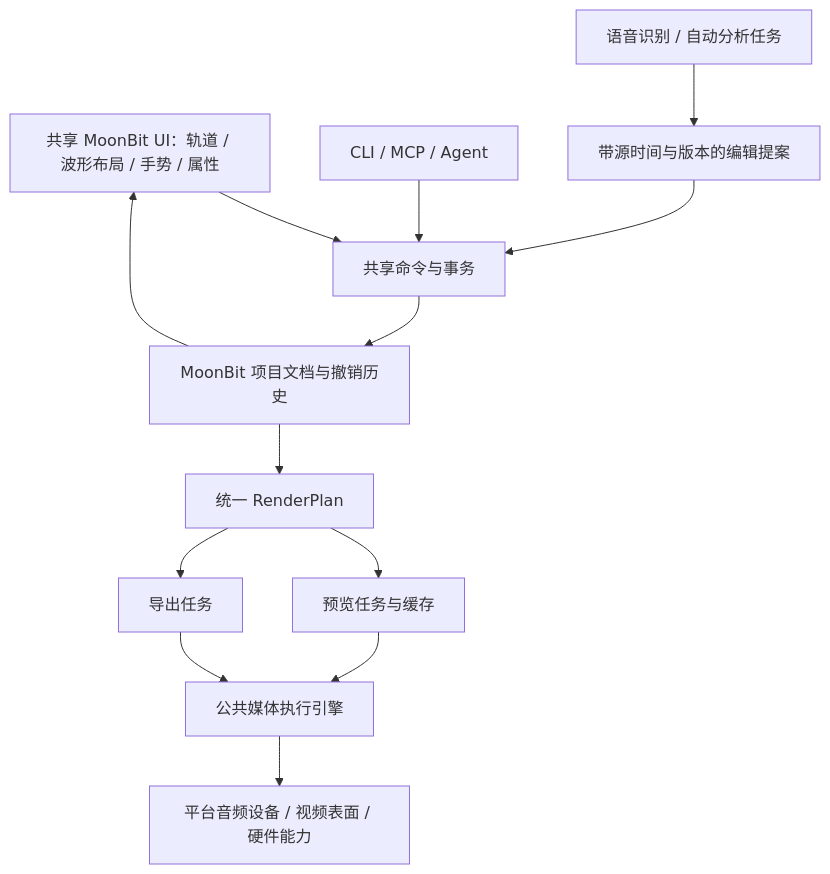
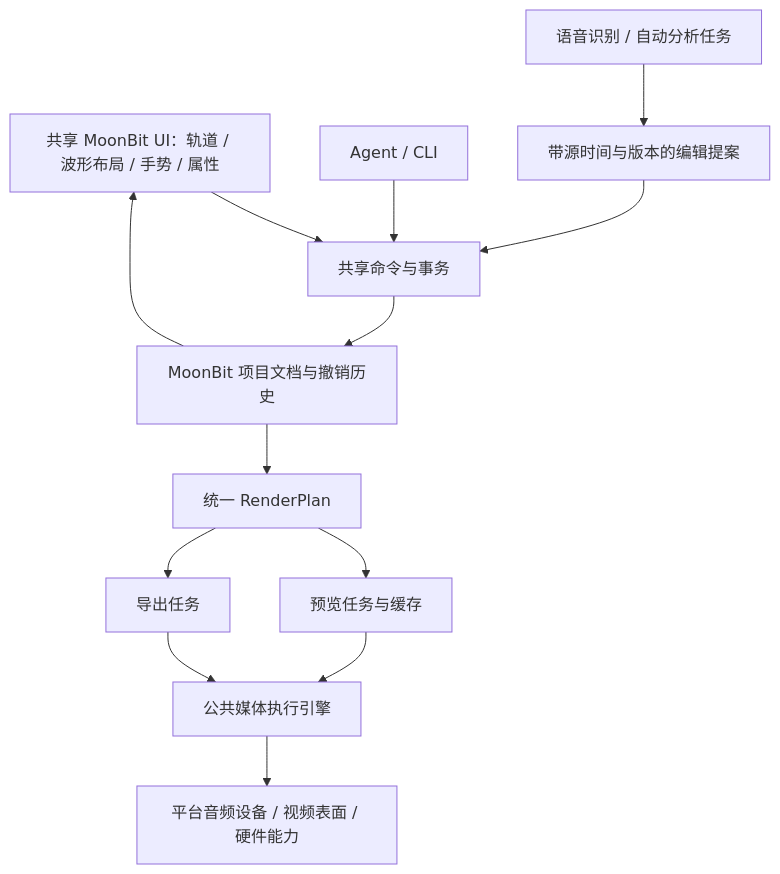
One commit to CoderSerio/moojicut changed the diagram in docs/video-editor-roadmap.zh-CN.md. Above: the diagram before and after it, drawn with Mermaid. The commit also changed other lines of this file and 54 other files, not shown here.

````diff
--- a/docs/video-editor-roadmap.zh-CN.md
+++ b/docs/video-editor-roadmap.zh-CN.md
@@ -94,15 +94,15 @@
 ```mermaid
 flowchart TD
     UI[共享 MoonBit UI：轨道 / 波形布局 / 手势 / 属性] --> Commands[共享命令与事务]
-    Agent[CLI / MCP / Agent] --> Commands
+    Agent[Agent / CLI] --> Commands
     Commands --> Document[MoonBit 项目文档与撤销历史]
     Document --> UI
     Document --> Plan[统一 RenderPlan]
     Plan --> Preview[预览任务与缓存]
     Plan --> Export[导出任务]
     Preview --> Media[公共媒体执行引擎]
     Export --> Media
     Media --> Host[平台音频设备 / 视频表面 / 硬件能力]
     ASR[语音识别 / 自动分析任务] --> Proposal[带源时间与版本的编辑提案]
     Proposal --> Commands
 ```
````
